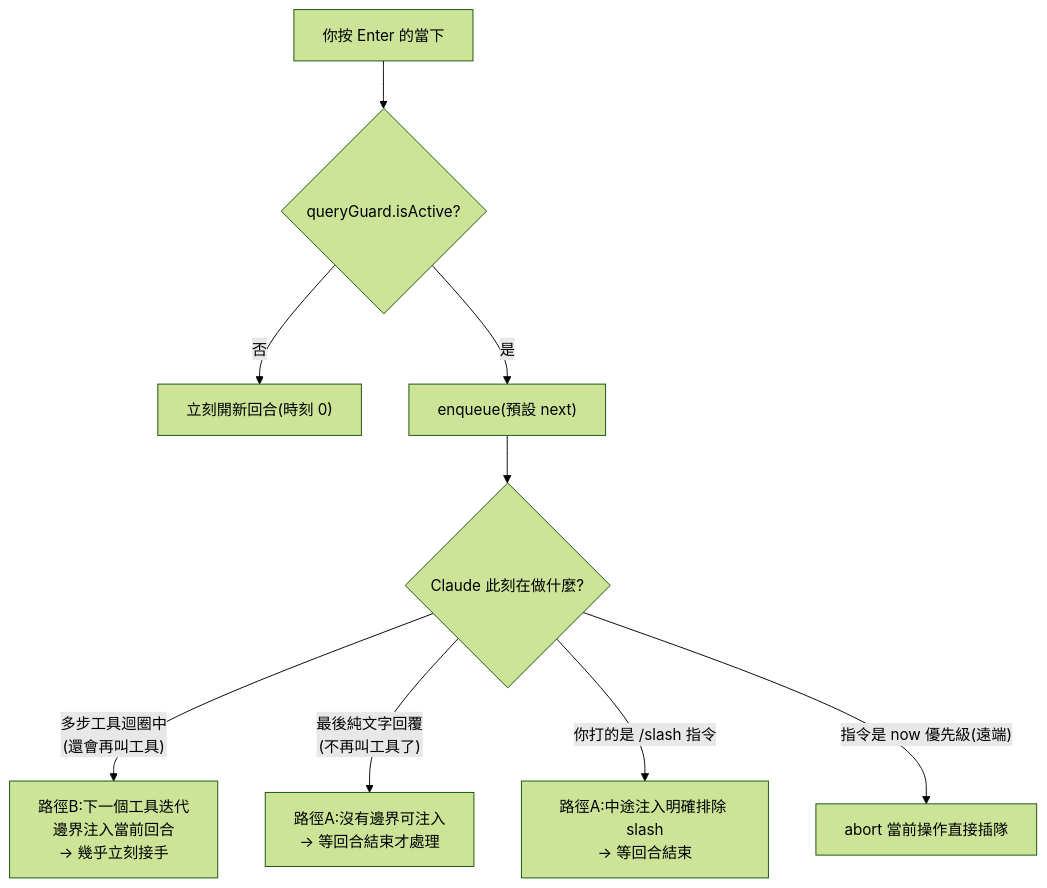
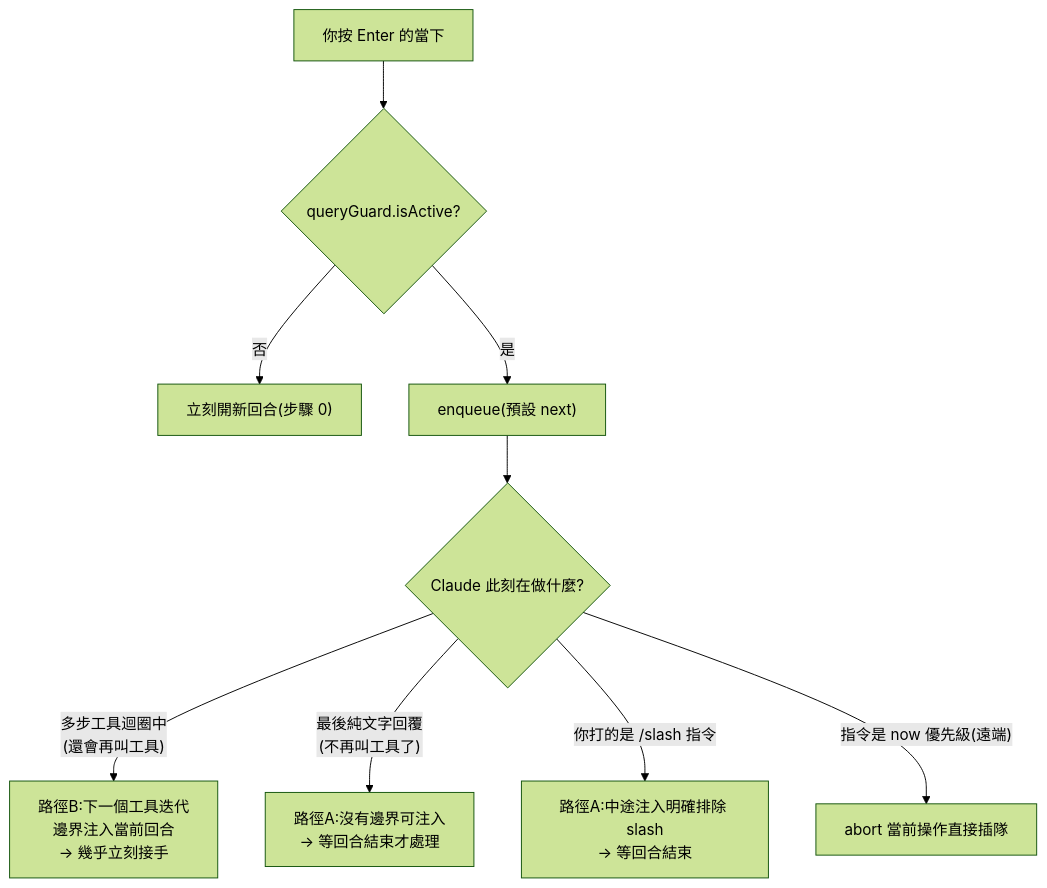
One commit to shooter2062424/Knowledge changed the third of 3 diagrams in technology/claude-code/claude-code-architecture-deep-dive.md. Above: the diagram before and after it, drawn with Mermaid (forest theme). The commit also changed other lines of this file, not shown here.

First line of the commit message:
[docs] Claude Code 拆解筆記:修好三張圖的怪英文 + 把「時刻 N|」標題改自然

````diff
--- a/technology/claude-code/claude-code-architecture-deep-dive.md
+++ b/technology/claude-code/claude-code-architecture-deep-dive.md
@@ -196,11 +196,11 @@
 ```mermaid
 flowchart TD
     S["你按 Enter 的當下"] --> Q{"queryGuard.isActive?"}
-    Q -->|否| IMM["立刻開新回合(時刻 0)"]
+    Q -->|否| IMM["立刻開新回合(步驟 0)"]
     Q -->|是| EN["enqueue(預設 next)"]
     EN --> W{"Claude 此刻在做什麼?"}
     W -->|"多步工具迴圈中<br/>(還會再叫工具)"| B["路徑B:下一個工具迭代<br/>邊界注入當前回合<br/>→ 幾乎立刻接手"]
     W -->|"最後純文字回覆<br/>(不再叫工具了)"| A["路徑A:沒有邊界可注入<br/>→ 等回合結束才處理"]
     W -->|"你打的是 /slash 指令"| A2["路徑A:中途注入明確排除 slash<br/>→ 等回合結束"]
     W -->|"指令是 now 優先級(遠端)"| AB["abort 當前操作直接插隊"]
 ```
````
